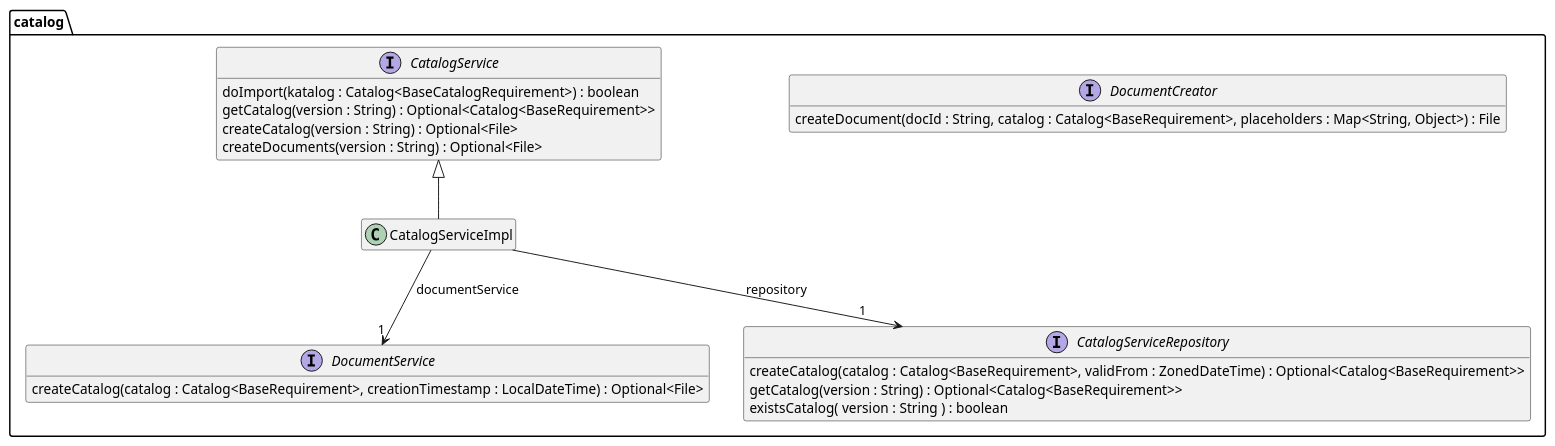
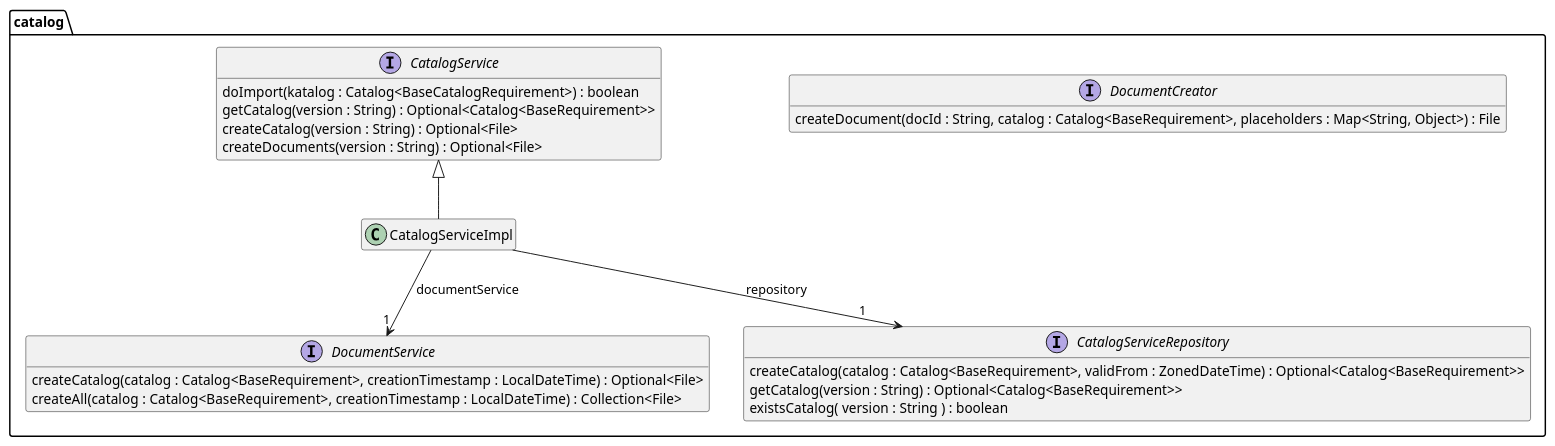
One commit to tailoringexpert/platform changed the diagram in src/site/arc42/plantuml/core/catalog/Ebene3.plantuml. Above: the diagram before and after it, drawn with PlantUML. The commit also changed 24 other files, not shown here.

```diff
--- a/src/site/arc42/plantuml/core/catalog/Ebene3.plantuml
+++ b/src/site/arc42/plantuml/core/catalog/Ebene3.plantuml
@@ -1,34 +1,35 @@
 @startuml Ebene3.png
 hide empty members
 
 package catalog {
 
     interface DocumentCreator {
         createDocument(docId : String, catalog : Catalog<BaseRequirement>, placeholders : Map<String, Object>) : File
     }
 
     interface DocumentService {
         createCatalog(catalog : Catalog<BaseRequirement>, creationTimestamp : LocalDateTime) : Optional<File>
+        createAll(catalog : Catalog<BaseRequirement>,  creationTimestamp : LocalDateTime) : Collection<File>
     }
 
     interface CatalogService {
         doImport(katalog : Catalog<BaseCatalogRequirement>) : boolean
         getCatalog(version : String) : Optional<Catalog<BaseRequirement>>
         createCatalog(version : String) : Optional<File>
         createDocuments(version : String) : Optional<File>
     }
 
     interface CatalogServiceRepository {
         createCatalog(catalog : Catalog<BaseRequirement>, validFrom : ZonedDateTime) : Optional<Catalog<BaseRequirement>>
         getCatalog(version : String) : Optional<Catalog<BaseRequirement>>
         existsCatalog( version : String ) : boolean
     }
 
     class CatalogServiceImpl {
     }
     CatalogService <|-- CatalogServiceImpl
     CatalogServiceImpl --> "1" CatalogServiceRepository : repository
     CatalogServiceImpl --> "1" DocumentService : documentService
 
 }
 @enduml
```
